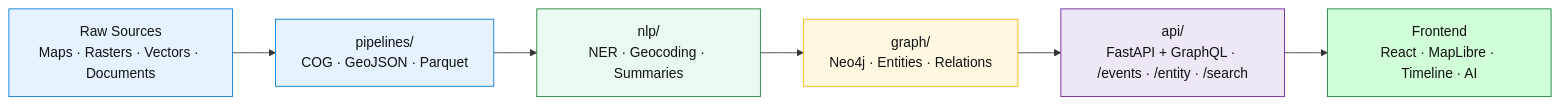
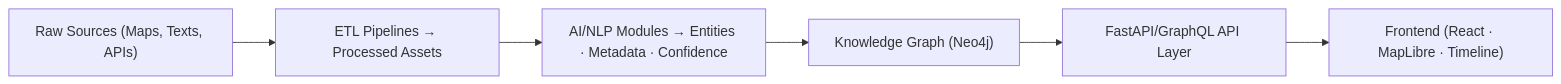
Before and after one commit to bartytime4life/Kansas-Frontier-Matrix: the first of 2 diagrams in src/README.md, drawn with Mermaid. The commit also changed other lines of this file, not shown here.

````diff
--- a/src/README.md
+++ b/src/README.md
@@ -74,14 +109,11 @@
 ```mermaid
 flowchart LR
-  A["Raw Sources<br/>Maps · Rasters · Vectors · Documents"] --> B["pipelines/<br/>COG · GeoJSON · Parquet"]
-  B --> C["nlp/<br/>NER · Geocoding · Summaries"]
-  C --> D["graph/<br/>Neo4j · Entities · Relations"]
-  D --> E["api/<br/>FastAPI + GraphQL · /events · /entity · /search"]
-  E --> F["Frontend<br/>React · MapLibre · Timeline · AI"]
-  classDef a fill:#e6f2ff,stroke:#0078d4,color:#111;
-  classDef b fill:#eafaf1,stroke:#1a7f37,color:#111;
-  classDef c fill:#fff8e1,stroke:#ffb300,color:#111;
-  classDef d fill:#ede7f6,stroke:#6a1b9a,color:#111;
-  classDef e fill:#d1ffd7,stroke:#1a7f37,color:#111;
-  class A,B a; class C b; class D c; class E d; class F e;
+  A["Raw Sources (Maps, Texts, APIs)"]
+  B["ETL Pipelines → Processed Assets"]
+  C["AI/NLP Modules → Entities · Metadata · Confidence"]
+  D["Knowledge Graph (Neo4j)"]
+  E["FastAPI/GraphQL API Layer"]
+  F["Frontend (React · MapLibre · Timeline)"]
+
+  A --> B --> C --> D --> E --> F
 ```
````
